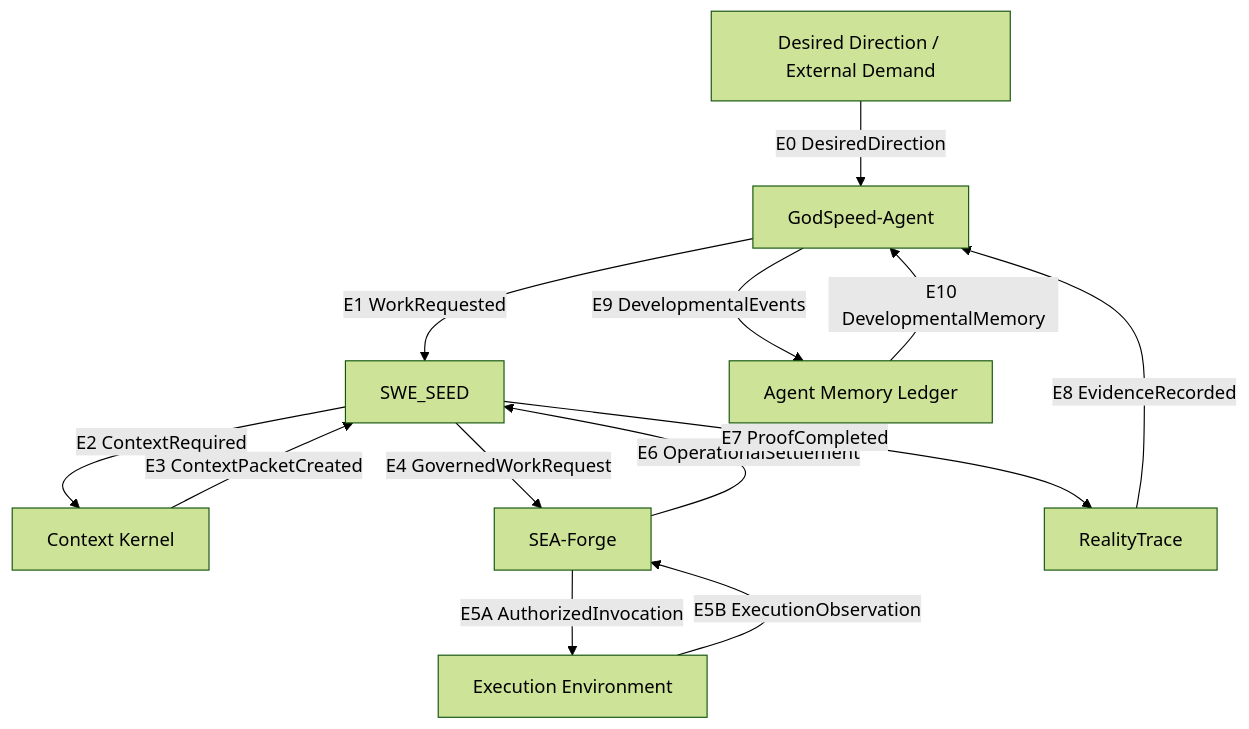
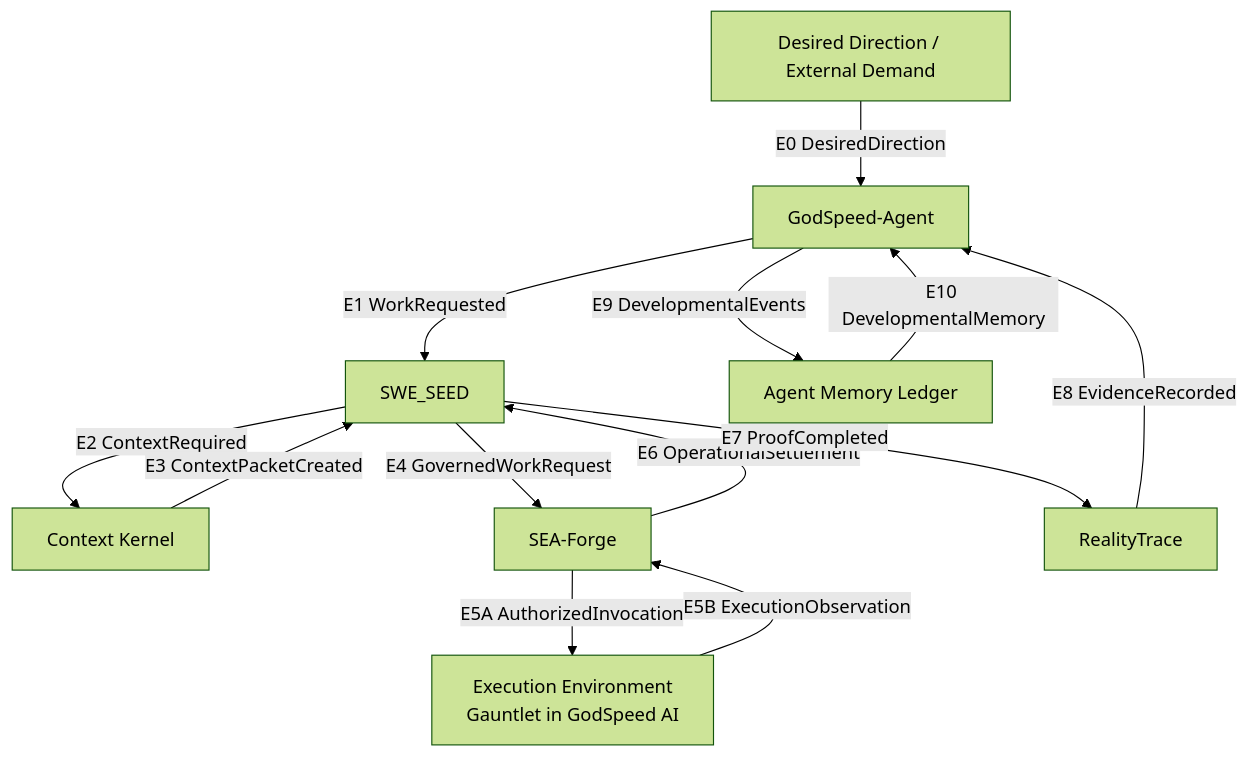
One commit to GodSpeedAI/SEA-Forge changed the first of 2 diagrams in docs/explanations-and-references/goodspeed-loop.md. Above: the diagram before and after it, drawn with Mermaid (forest theme). The commit also changed other lines of this file, not shown here.

Commit message:
feat: Enhance GodSpeed Canonical Runtime Loop documentation with detailed onboarding reference and expanded component responsibilities

````diff
--- a/docs/explanations-and-references/goodspeed-loop.md
+++ b/docs/explanations-and-references/goodspeed-loop.md
@@ -36,24 +147,24 @@
 ```mermaid
 flowchart TD
     D[Desired Direction / External Demand]
     GSA[GodSpeed-Agent]
     SWE[SWE_SEED]
     CK[Context Kernel]
     SF[SEA-Forge]
-    EX[Execution Environment]
+    EX[Execution Environment<br/>Gauntlet in GodSpeed AI]
     RT[RealityTrace]
     ML[Agent Memory Ledger]
 
     D -->|E0 DesiredDirection| GSA
     GSA -->|E1 WorkRequested| SWE
     SWE -->|E2 ContextRequired| CK
     CK -->|E3 ContextPacketCreated| SWE
     SWE -->|E4 GovernedWorkRequest| SF
     SF -->|E5A AuthorizedInvocation| EX
     EX -->|E5B ExecutionObservation| SF
     SF -->|E6 OperationalSettlement| SWE
     SWE -->|E7 ProofCompleted| RT
     RT -->|E8 EvidenceRecorded| GSA
     GSA -->|E9 DevelopmentalEvents| ML
     ML -->|E10 DevelopmentalMemory| GSA
 ```
````
